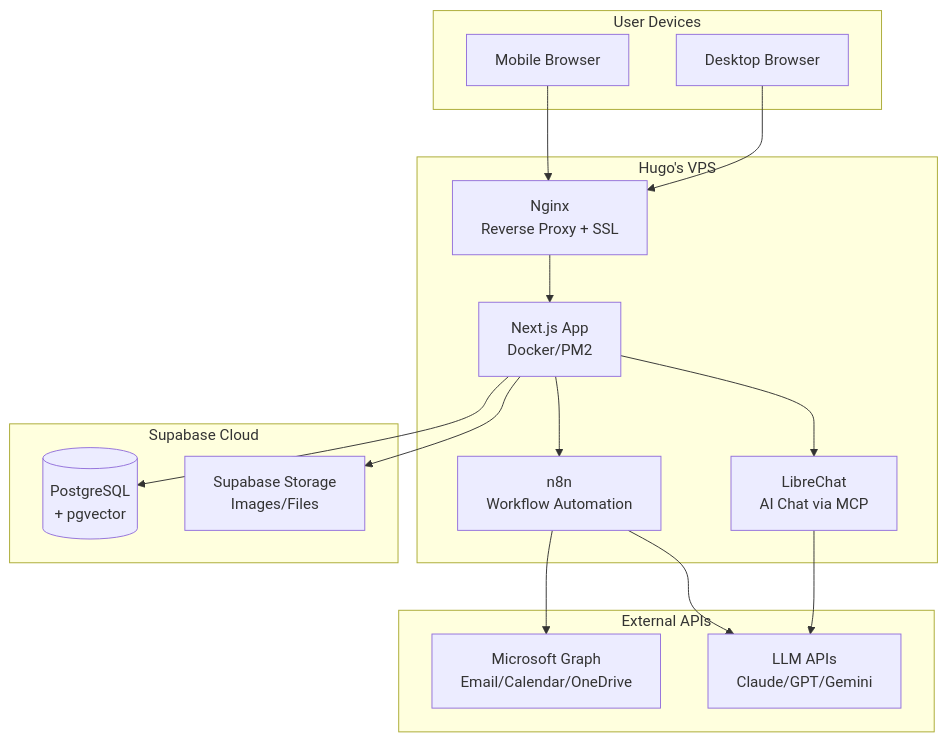
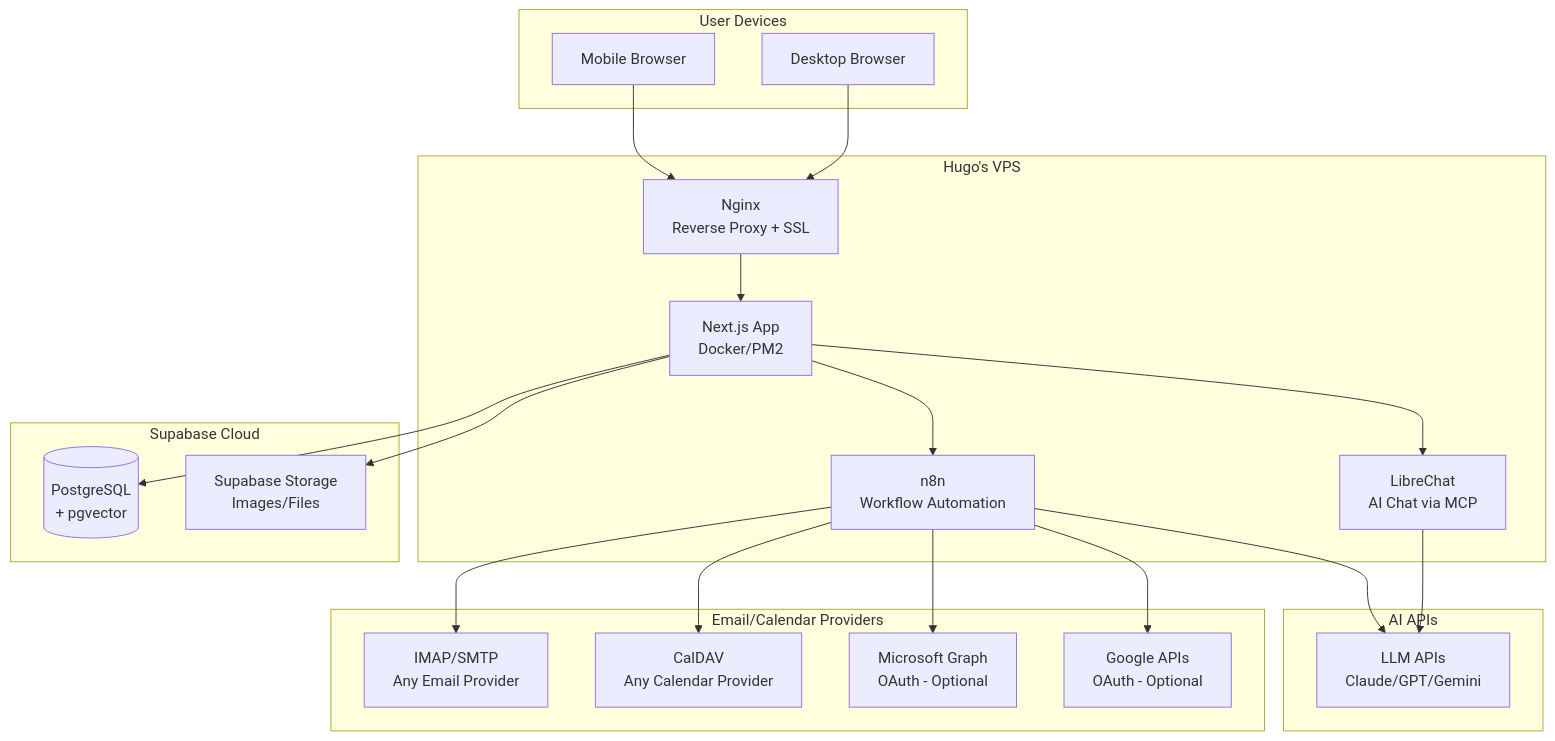
One commit to hubo-lean/bee changed the first of 8 diagrams in docs/architecture.md. Above: the diagram before and after it, drawn with Mermaid. The commit also changed other lines of this file and 85 other files, not shown here.

````diff
--- a/docs/architecture.md
+++ b/docs/architecture.md
@@ -53,37 +61,46 @@
 ```mermaid
 graph TB
     subgraph "User Devices"
         Mobile[Mobile Browser]
         Desktop[Desktop Browser]
     end
 
     subgraph "Hugo's VPS"
         Nginx[Nginx<br/>Reverse Proxy + SSL]
         App[Next.js App<br/>Docker/PM2]
         N8N[n8n<br/>Workflow Automation]
         LibreChat[LibreChat<br/>AI Chat via MCP]
     end
 
     subgraph "Supabase Cloud"
         DB[(PostgreSQL<br/>+ pgvector)]
         Storage[Supabase Storage<br/>Images/Files]
     end
 
-    subgraph "External APIs"
-        MSFT[Microsoft Graph<br/>Email/Calendar/OneDrive]
+    subgraph "Email/Calendar Providers"
+        IMAP[IMAP/SMTP<br/>Any Email Provider]
+        CalDAV[CalDAV<br/>Any Calendar Provider]
+        MSFT[Microsoft Graph<br/>OAuth - Optional]
+        Google[Google APIs<br/>OAuth - Optional]
+    end
+
+    subgraph "AI APIs"
         LLM[LLM APIs<br/>Claude/GPT/Gemini]
     end
 
     Mobile --> Nginx
     Desktop --> Nginx
     Nginx --> App
 
     App --> DB
     App --> Storage
     App --> N8N
     App --> LibreChat
 
+    N8N --> IMAP
+    N8N --> CalDAV
     N8N --> MSFT
+    N8N --> Google
     N8N --> LLM
     LibreChat --> LLM
 ```
````
